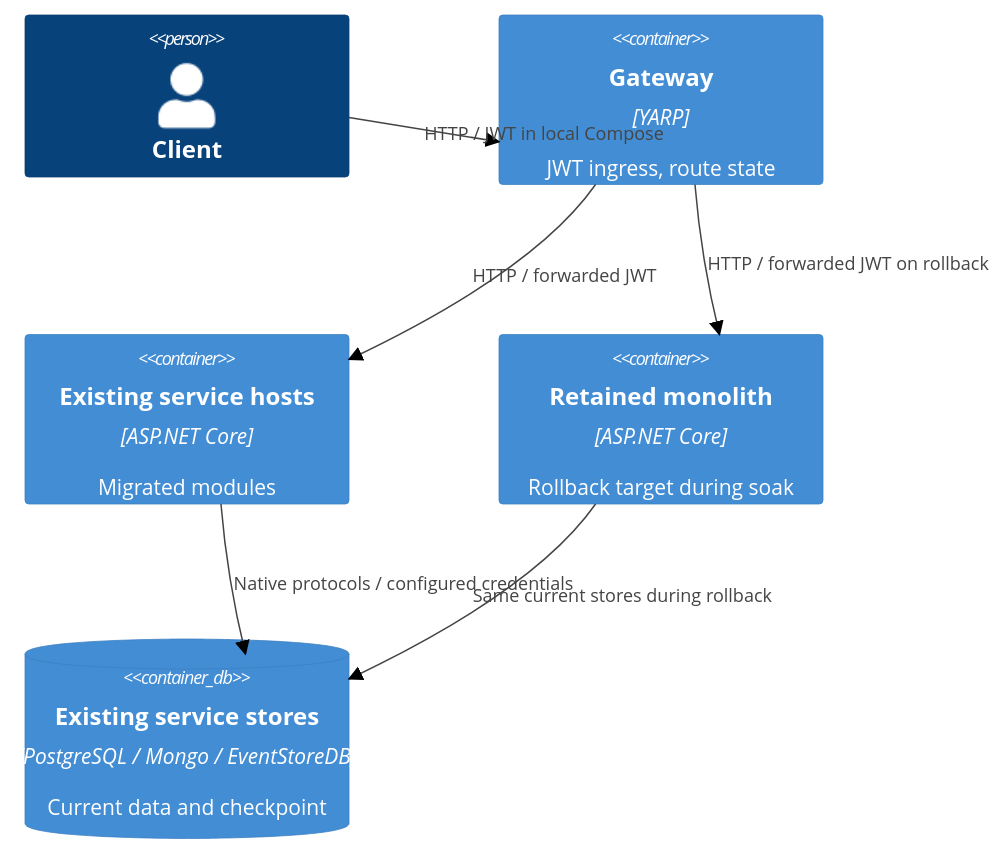
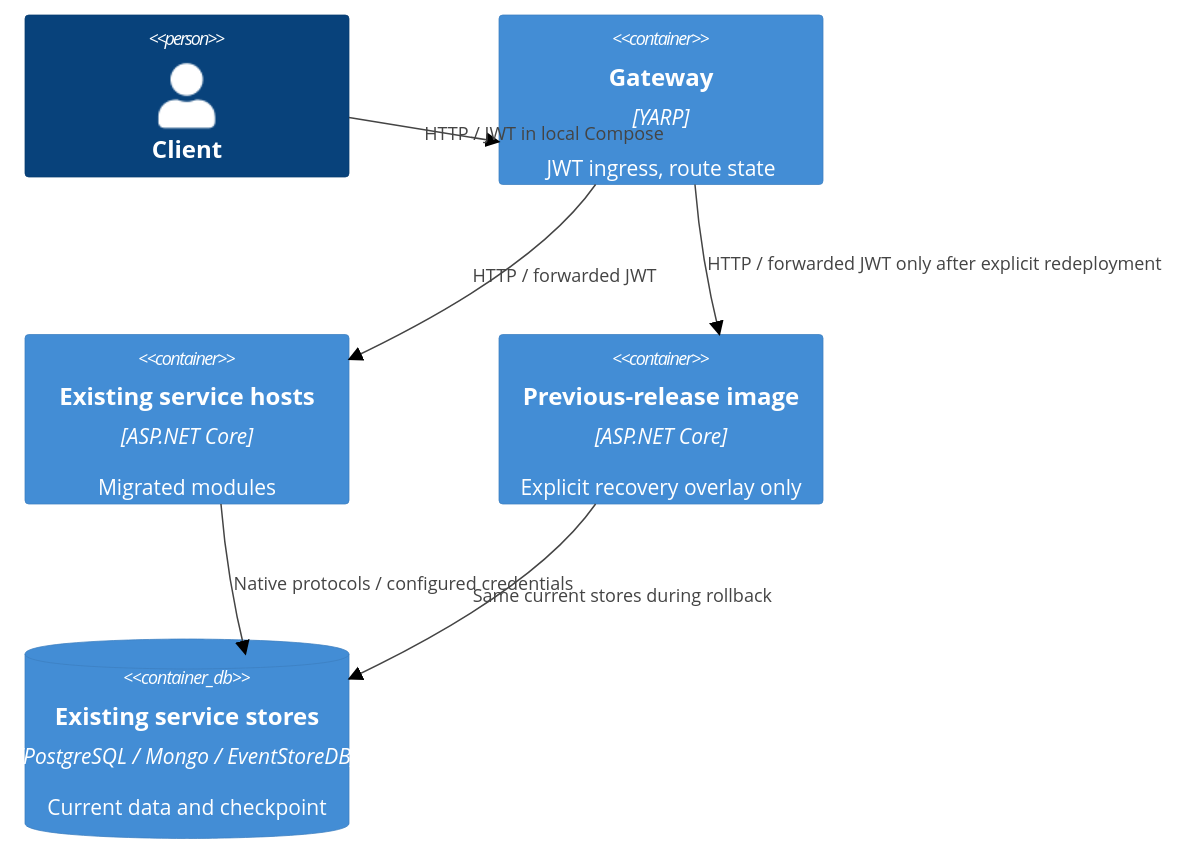
The diagram in docs/adr/0027-cutover-and-monolith-decommission.md (COG-GTM/booking-modular-monolith), drawn with Mermaid (forest theme) before and after one commit. The commit also changed other lines of this file and 66 other files, not shown here.

````diff
--- a/docs/adr/0027-cutover-and-monolith-decommission.md
+++ b/docs/adr/0027-cutover-and-monolith-decommission.md
@@ -42,13 +45,13 @@
 ```mermaid
 C4Container
     Person(client, "Client")
     Container(gateway, "Gateway", "YARP", "JWT ingress, route state")
     Container(service, "Existing service hosts", "ASP.NET Core", "Migrated modules")
-    Container(monolith, "Retained monolith", "ASP.NET Core", "Rollback target during soak")
+    Container(monolith, "Previous-release image", "ASP.NET Core", "Explicit recovery overlay only")
     ContainerDb(stores, "Existing service stores", "PostgreSQL / Mongo / EventStoreDB", "Current data and checkpoint")
     Rel(client, gateway, "HTTP / JWT in local Compose")
     Rel(gateway, service, "HTTP / forwarded JWT")
-    Rel(gateway, monolith, "HTTP / forwarded JWT on rollback")
+    Rel(gateway, monolith, "HTTP / forwarded JWT only after explicit redeployment")
     Rel(service, stores, "Native protocols / configured credentials")
     Rel(monolith, stores, "Same current stores during rollback")
 ```
````
